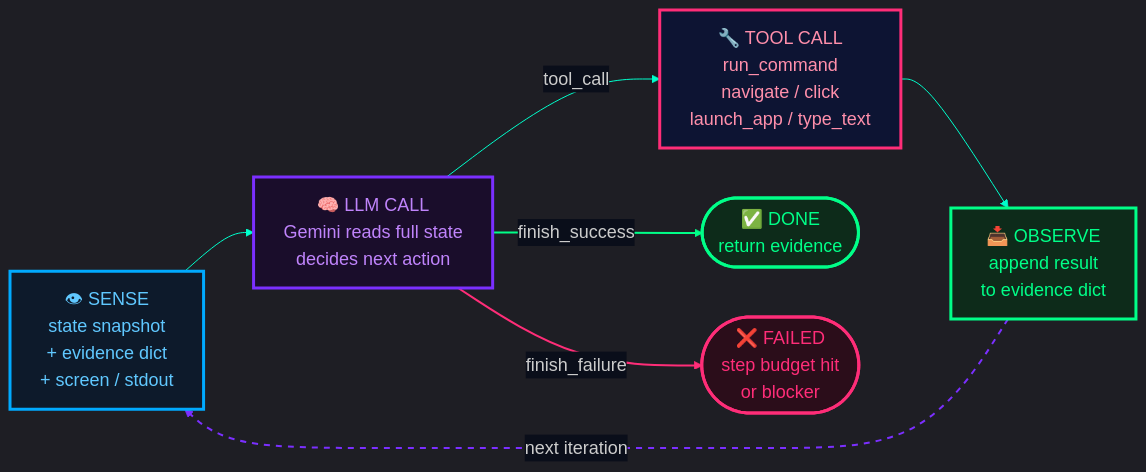
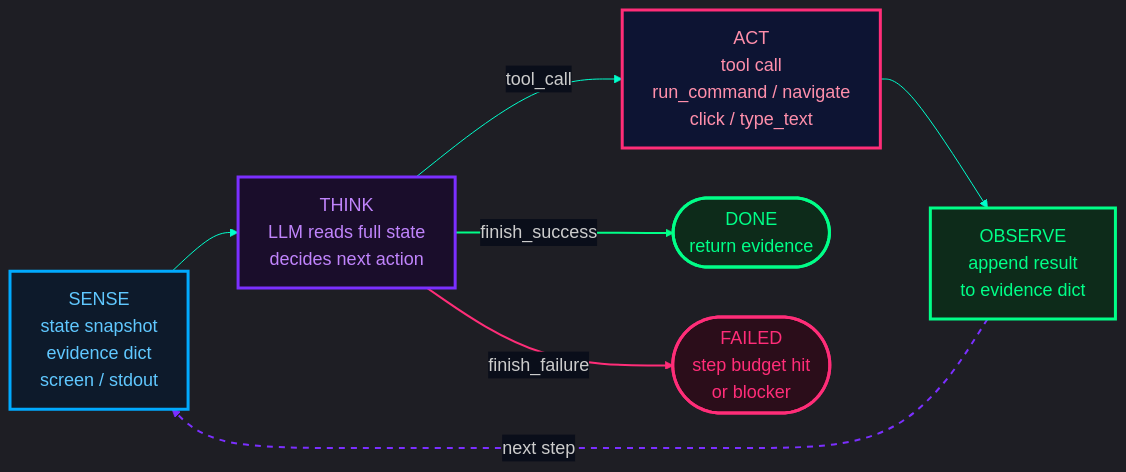
The diagram in docs/diagrams/01-react-loop.mmd (DurdeuVlad/trinity-pilot), drawn with Mermaid before and after one commit. The commit also changed 37 other files, not shown here.

```diff
--- a/docs/diagrams/01-react-loop.mmd
+++ b/docs/diagrams/01-react-loop.mmd
@@ -1,30 +1,31 @@
 %%{init: {'theme': 'dark', 'themeVariables': {'background': '#0a0e1a', 'primaryColor': '#0d1433', 'primaryBorderColor': '#00ffcc', 'primaryTextColor': '#e2e8f0', 'lineColor': '#00ffcc', 'edgeLabelBackground': '#0a0e1a', 'fontSize': '18px'}}}%%
 flowchart LR
-    classDef sense  fill:#0d1a2b,stroke:#00aaff,stroke-width:3px,color:#60c8ff
-    classDef think  fill:#1a0d2b,stroke:#7b2fff,stroke-width:3px,color:#c084fc
-    classDef act    fill:#0d1433,stroke:#ff2d78,stroke-width:3px,color:#ff8fab
-    classDef obs    fill:#0d2b1a,stroke:#00ff88,stroke-width:3px,color:#00ff88
-    classDef ok     fill:#0d2b1a,stroke:#00ff88,stroke-width:3px,color:#00ff88
-    classDef fail   fill:#2b0d1a,stroke:#ff2d78,stroke-width:3px,color:#ff2d78
+ accTitle: Worker Inner Loop  STAO (Sense-Think-Act-Observe)
+ classDef sense  fill:#0d1a2b,stroke:#00aaff,stroke-width:3px,color:#60c8ff
+ classDef think  fill:#1a0d2b,stroke:#7b2fff,stroke-width:3px,color:#c084fc
+ classDef act fill:#0d1433,stroke:#ff2d78,stroke-width:3px,color:#ff8fab
+ classDef obs fill:#0d2b1a,stroke:#00ff88,stroke-width:3px,color:#00ff88
+ classDef ok fill:#0d2b1a,stroke:#00ff88,stroke-width:3px,color:#00ff88
+ classDef fail fill:#2b0d1a,stroke:#ff2d78,stroke-width:3px,color:#ff2d78
 
-    S["👁  SENSE\nstate snapshot\n+ evidence dict\n+ screen / stdout"]:::sense
+ S["SENSE<br/>state snapshot<br/>evidence dict<br/>screen / stdout"]:::sense
 
-    T["🧠  LLM CALL\nGemini reads full state\ndecides next action"]:::think
+ T["THINK<br/>LLM reads full state<br/>decides next action"]:::think
 
-    A["🔧  TOOL CALL\nrun_command\nnavigate / click\nlaunch_app / type_text"]:::act
+ A["ACT<br/>tool call<br/>run_command / navigate<br/>click / type_text"]:::act
 
-    O["📥  OBSERVE\nappend result\nto evidence dict"]:::obs
+ O["OBSERVE<br/>append result<br/>to evidence dict"]:::obs
 
-    DONE(["✅  DONE\nreturn evidence"]):::ok
-    FAIL(["❌  FAILED\nstep budget hit\nor blocker"]):::fail
+ DONE(["DONE<br/>return evidence"]):::ok
+ FAIL(["FAILED<br/>step budget hit<br/>or blocker"]):::fail
 
-    S --> T
-    T -->|tool_call| A
-    A --> O
-    O -->|next iteration| S
-    T -->|finish_success| DONE
-    T -->|finish_failure| FAIL
+ S --> T
+ T -->|tool_call| A
+ A --> O
+ O -->|next step| S
+ T -->|finish_success| DONE
+ T -->|finish_failure| FAIL
 
-    linkStyle 3 stroke:#7b2fff,stroke-width:2px,stroke-dasharray:6
-    linkStyle 4 stroke:#00ff88,stroke-width:2px
-    linkStyle 5 stroke:#ff2d78,stroke-width:2px
+ linkStyle 3 stroke:#7b2fff,stroke-width:2px,stroke-dasharray:6
+ linkStyle 4 stroke:#00ff88,stroke-width:2px
+ linkStyle 5 stroke:#ff2d78,stroke-width:2px
```
